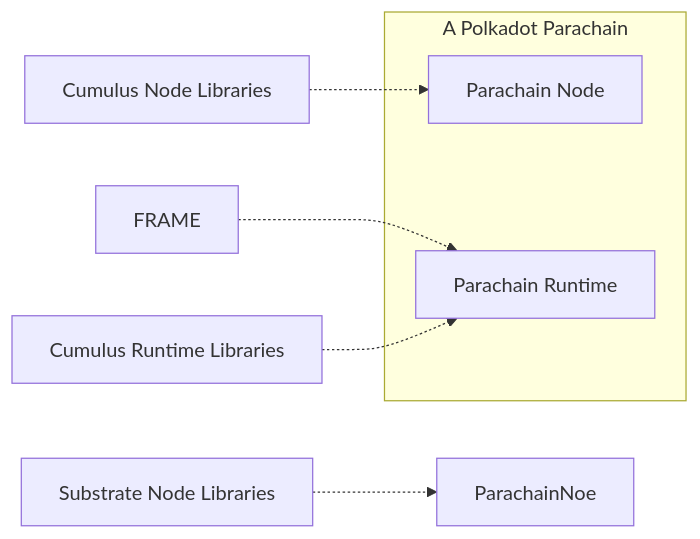
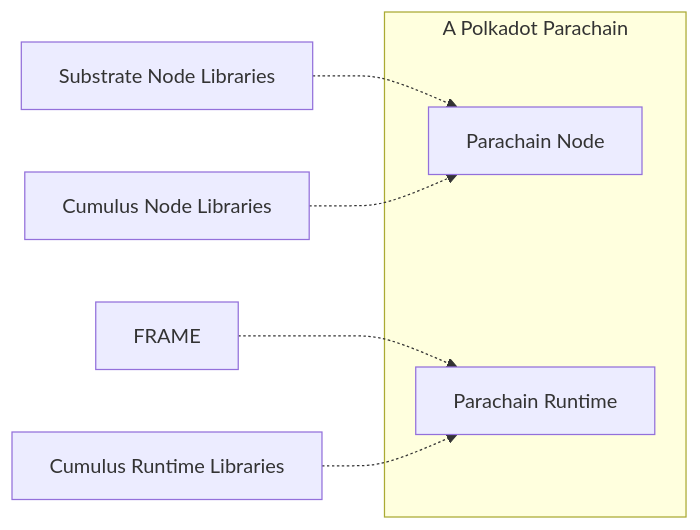
Before and after one commit to paritytech/polkadot-sdk: the diagram in docs/mermaid/polkadot_sdk_parachain.mmd, drawn with Mermaid.

Commit message:
fix mermaid typo

```diff
--- a/docs/mermaid/polkadot_sdk_parachain.mmd
+++ b/docs/mermaid/polkadot_sdk_parachain.mmd
@@ -1,11 +1,11 @@
 flowchart LR
 	subgraph Parachain[A Polkadot Parachain]
 		ParachainNode[Parachain Node]
 		ParachainRuntime[Parachain Runtime]
 	end
 
     FRAME -.-> ParachainRuntime
-    Substrate[Substrate Node Libraries] -.-> ParachainNoe
+    Substrate[Substrate Node Libraries] -.-> ParachainNode
 
     CumulusC[Cumulus Node Libraries] -.-> ParachainNode
     CumulusR[Cumulus Runtime Libraries] -.-> ParachainRuntime
```
